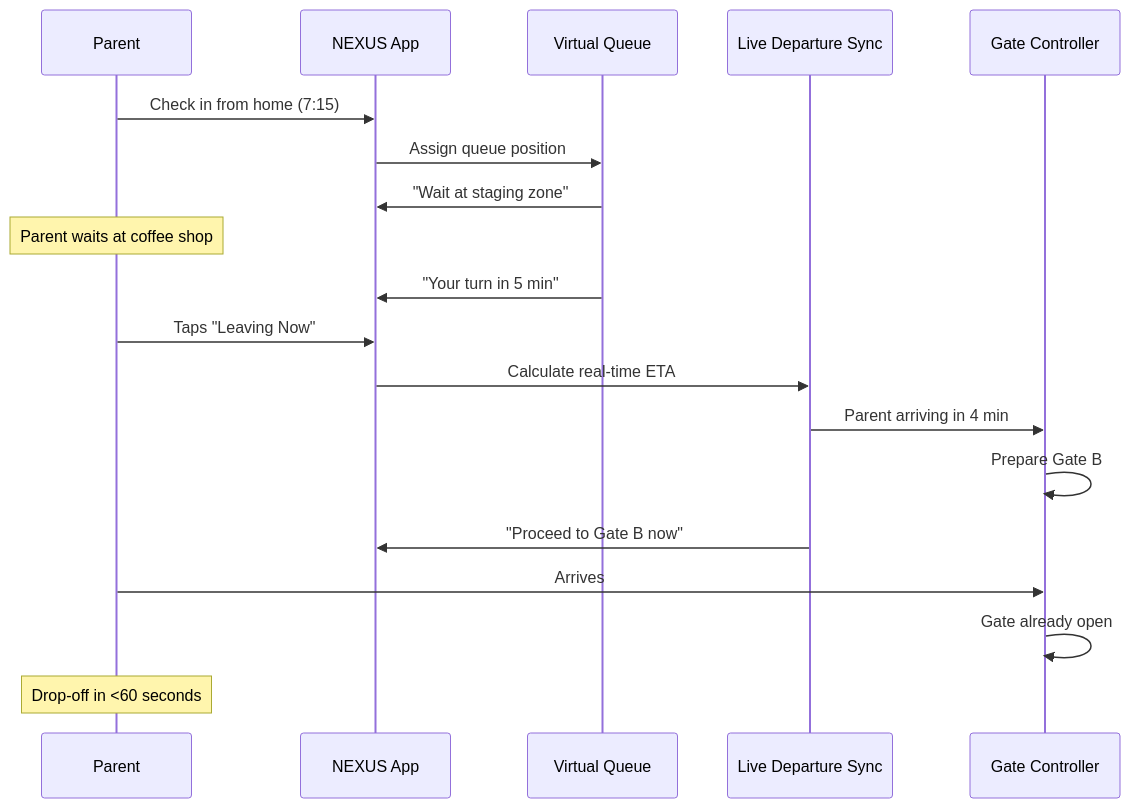
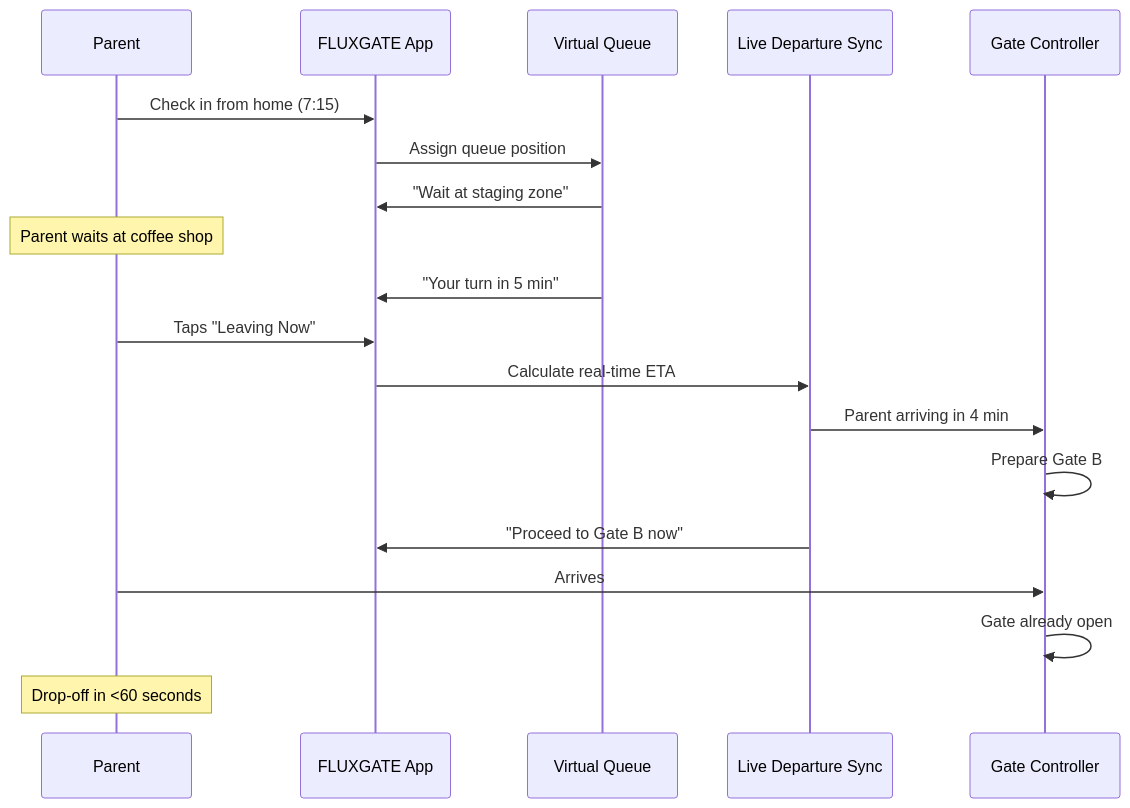
The third of 7 diagrams in RTA_NEXUS_Plan.md (HyperionBurn/nexus-command-center), drawn with Mermaid before and after one commit. The commit also changed other lines of this file and 56 other files, not shown here.

Commit message:
Rebrand: NEXUS -> FLUXGATE across entire codebase

````diff
--- a/RTA_NEXUS_Plan.md
+++ b/RTA_NEXUS_Plan.md
@@ -366,27 +366,27 @@
 ```mermaid
 sequenceDiagram
     participant P as Parent
-    participant APP as NEXUS App
+    participant APP as FLUXGATE App
     participant VQS as Virtual Queue
     participant LDS as Live Departure Sync
     participant GATE as Gate Controller
     
     P->>APP: Check in from home (7:15)
     APP->>VQS: Assign queue position #23
     VQS->>APP: "Wait at staging zone"
     
     Note over P: Parent waits at coffee shop
     
     VQS->>APP: "Your turn in 5 min"
     P->>APP: Taps "Leaving Now"
     APP->>LDS: Calculate real-time ETA
     LDS->>GATE: Parent arriving in 4 min
     
     GATE->>GATE: Prepare Gate B
     LDS->>APP: "Proceed to Gate B now"
     
     P->>GATE: Arrives
     GATE->>GATE: Gate already open
     
     Note over P: Drop-off in <60 seconds
 ```
````
